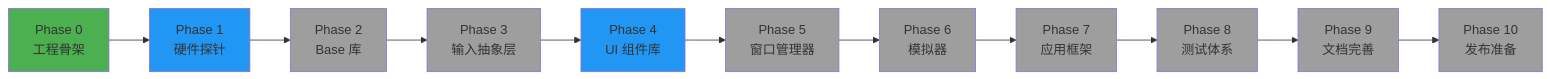
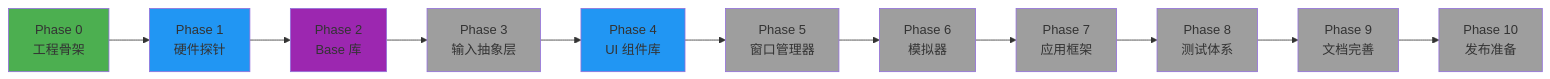
One commit to marklove5102/CFDesktop changed the diagram in README.md. Above: the diagram before and after it, drawn with Mermaid. The commit also changed other lines of this file and 19 other files, not shown here.

````diff
--- a/README.md
+++ b/README.md
@@ -325,25 +299,25 @@
 ```mermaid
 graph LR
     A[Phase 0<br/>工程骨架] --> B[Phase 1<br/>硬件探针]
     B --> C[Phase 2<br/>Base 库]
     C --> D[Phase 3<br/>输入抽象层]
     D --> E[Phase 4<br/>UI 组件库]
     E --> F[Phase 5<br/>窗口管理器]
     F --> G[Phase 6<br/>模拟器]
     G --> H[Phase 7<br/>应用框架]
     H --> I[Phase 8<br/>测试体系]
     I --> J[Phase 9<br/>文档完善]
     J --> K[Phase 10<br/>发布准备]
 
     style A fill:#4CAF50
     style B fill:#2196F3
-    style C fill:#9E9E9E
+    style C fill:#9C27B0
     style D fill:#9E9E9E
     style E fill:#2196F3
     style F fill:#9E9E9E
     style G fill:#9E9E9E
     style H fill:#9E9E9E
     style I fill:#9E9E9E
     style J fill:#9E9E9E
     style K fill:#9E9E9E
 ```
````
